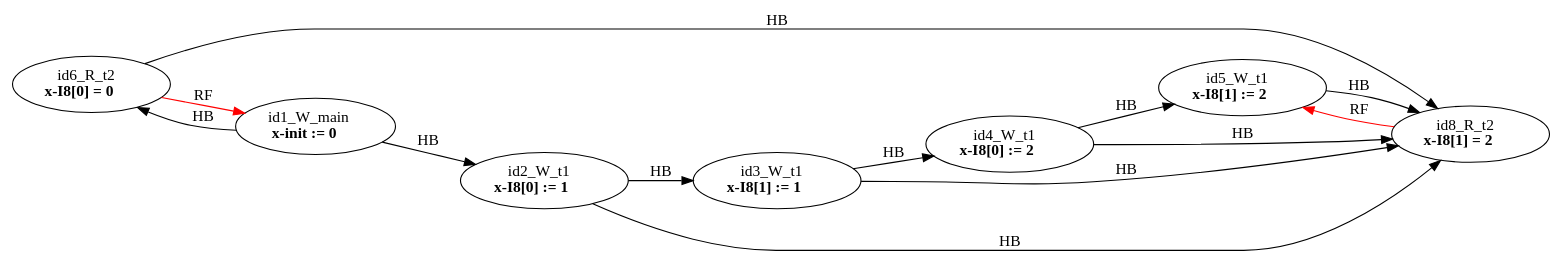
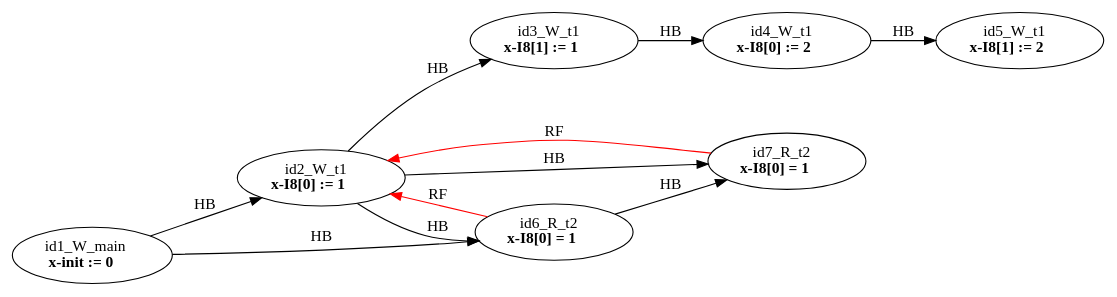
Before and after one commit to FMJS/EMME: the diagram in examples/single_var/ite/sv_i_simple02/mm4.dot, drawn with Graphviz. The commit also changed 6 other files, not shown here.

```diff
--- a/examples/single_var/ite/sv_i_simple02/mm4.dot
+++ b/examples/single_var/ite/sv_i_simple02/mm4.dot
@@ -1,23 +1,21 @@
 digraph memory_model {
 rankdir=LR;
 splines=true; esep=0.5;
 id2_W_t1 -> id3_W_t1 [label = "HB", color="black"];
 id3_W_t1 -> id4_W_t1 [label = "HB", color="black"];
 id4_W_t1 -> id5_W_t1 [label = "HB", color="black"];
-id6_R_t2 -> id8_R_t2 [label = "HB", color="black"];
 id1_W_main -> id2_W_t1 [label = "HB", color="black"];
 id1_W_main -> id6_R_t2 [label = "HB", color="black"];
-id2_W_t1 -> id8_R_t2 [label = "HB", color="black"];
-id3_W_t1 -> id8_R_t2 [label = "HB", color="black"];
-id4_W_t1 -> id8_R_t2 [label = "HB", color="black"];
-id5_W_t1 -> id8_R_t2 [label = "HB", color="black"];
-id6_R_t2 -> id1_W_main [label = "RF", color="red"];
-id8_R_t2 -> id5_W_t1 [label = "RF", color="red"];
+id2_W_t1 -> id6_R_t2 [label = "HB", color="black"];
+id6_R_t2 -> id7_R_t2 [label = "HB", color="black"];
+id2_W_t1 -> id7_R_t2 [label = "HB", color="black"];
+id6_R_t2 -> id2_W_t1 [label = "RF", color="red"];
+id7_R_t2 -> id2_W_t1 [label = "RF", color="red"];
 id1_W_main [label=<id1_W_main<br/><B>x-init := 0</B>>, pos="2.5,8!"]
 id2_W_t1 [label=<id2_W_t1<br/><B>x-I8[0] := 1</B>>, pos="0,6!"]
 id3_W_t1 [label=<id3_W_t1<br/><B>x-I8[1] := 1</B>>, pos="0,4!"]
 id4_W_t1 [label=<id4_W_t1<br/><B>x-I8[0] := 2</B>>, pos="0,2!"]
 id5_W_t1 [label=<id5_W_t1<br/><B>x-I8[1] := 2</B>>, pos="0,0!"]
-id6_R_t2 [label=<id6_R_t2<br/><B>x-I8[0] = 0</B>>, pos="5,6!"]
-id8_R_t2 [label=<id8_R_t2<br/><B>x-I8[1] = 2</B>>, pos="5,4!"]
+id6_R_t2 [label=<id6_R_t2<br/><B>x-I8[0] = 1</B>>, pos="5,6!"]
+id7_R_t2 [label=<id7_R_t2<br/><B>x-I8[0] = 1</B>>, pos="5,4!"]
 }
```
